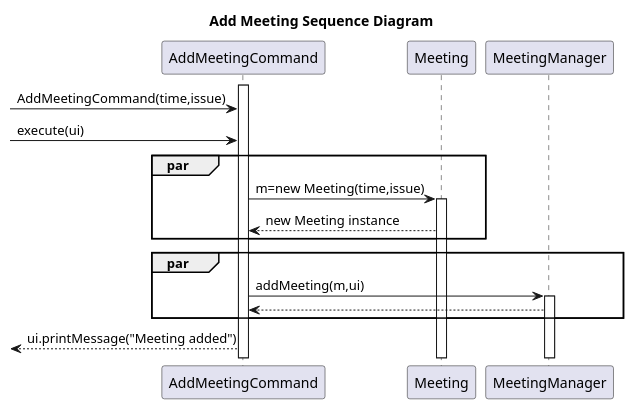
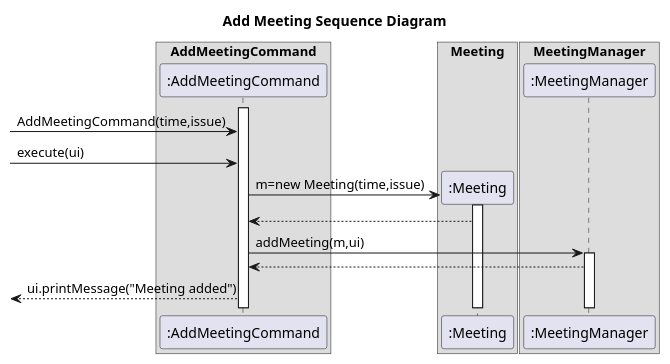
Before and after one commit to nus-cs2113-AY2223S2/tp: the diagram in docs/uml/AddMeetingCommandSequenceDiagram.puml, drawn with PlantUML. The commit also changed 8 other files, not shown here.

Commit message:
Add manager diagram, add header comments, fix bugs

```diff
--- a/docs/uml/AddMeetingCommandSequenceDiagram.puml
+++ b/docs/uml/AddMeetingCommandSequenceDiagram.puml
@@ -1,20 +1,29 @@
 @startuml
 title Add Meeting Sequence Diagram
-participant AddMeetingCommand
-participant Meeting
-participant MeetingManager
+box "AddMeetingCommand"
+participant ":AddMeetingCommand" as AddMeetingCommand
+endbox
+
+box "Meeting"
+participant ":Meeting" as Meeting
+endbox
+
+box "MeetingManager"
+participant ":MeetingManager" as MeetingManager
+endbox
+
 Activate AddMeetingCommand
 ->AddMeetingCommand:AddMeetingCommand(time,issue)
 ->AddMeetingCommand:execute(ui)
-par
-    AddMeetingCommand->Meeting:m=new Meeting(time,issue)
-    Activate Meeting
-    Meeting-->AddMeetingCommand:new Meeting instance
-end
-par
-    AddMeetingCommand->MeetingManager:addMeeting(m,ui)
-    Activate MeetingManager
-    MeetingManager-->AddMeetingCommand
-end
+
+
+create Meeting
+AddMeetingCommand->Meeting++:m=new Meeting(time,issue)
+Meeting-->AddMeetingCommand
+
+AddMeetingCommand->MeetingManager:addMeeting(m,ui)
+Activate MeetingManager
+MeetingManager-->AddMeetingCommand
+
 <-- AddMeetingCommand: ui.printMessage("Meeting added")
 @enduml
```
